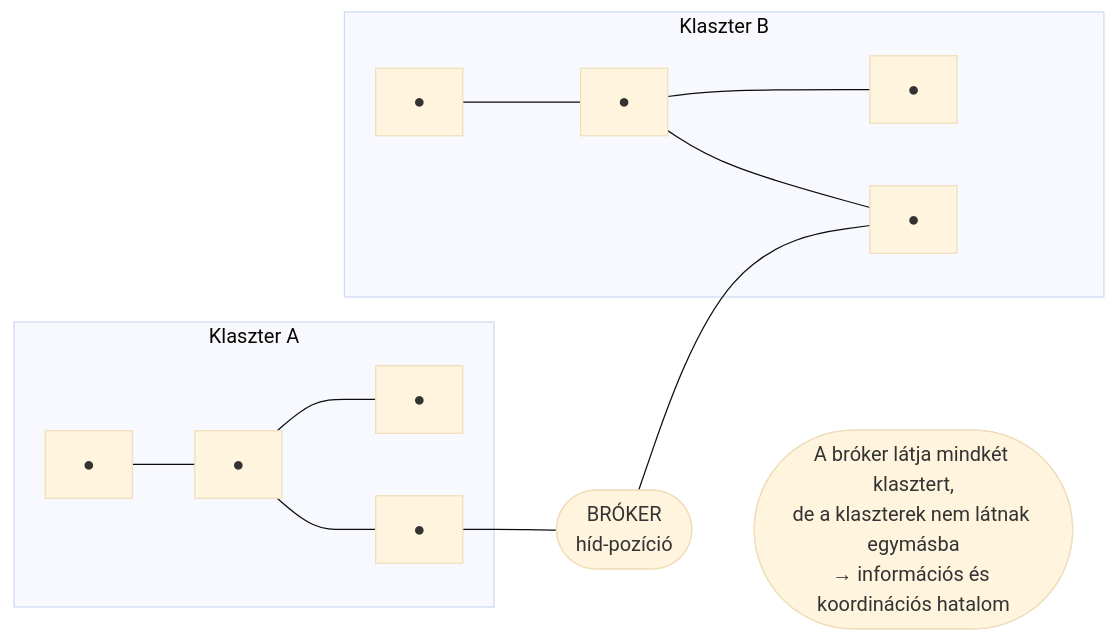
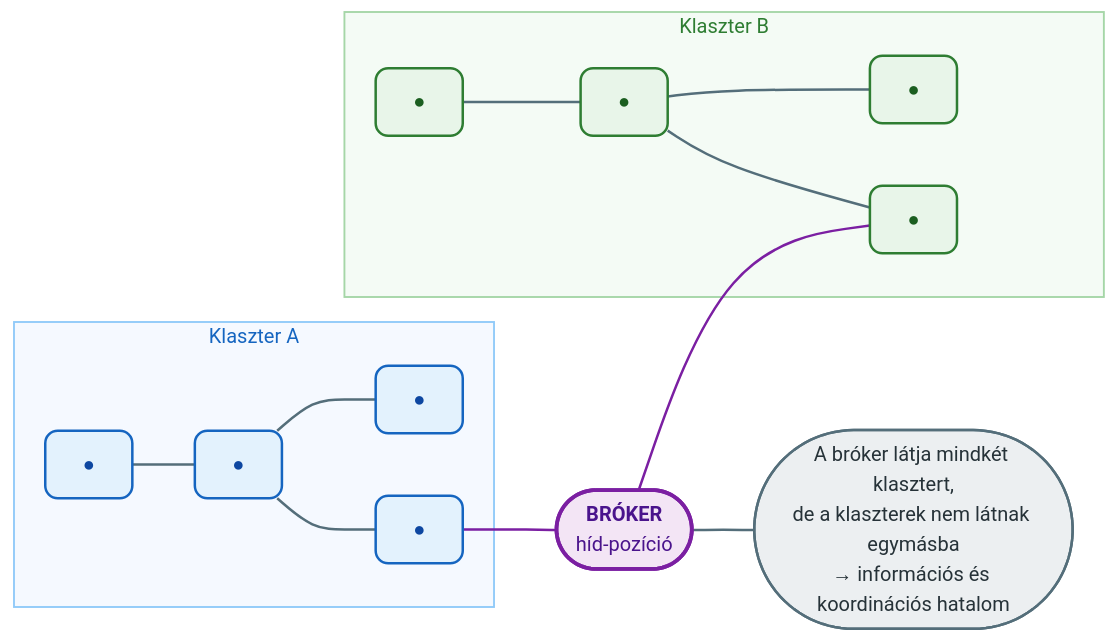
Before and after one commit to denespocsik/MM_BSC_Zarovizsga: the fourth of 6 diagrams in Tételek/V20-GMXVU2MBLF-Hálózati üzleti stratégia.tétel.md, drawn with Mermaid (base theme). The commit also changed other lines of this file and 34 other files, not shown here.

First line of the commit message:
style(tételek): egységes vizuális arculat a Mermaid-diagramokhoz

````diff
--- a/Tételek/V20-GMXVU2MBLF-Hálózati üzleti stratégia.tétel.md
+++ b/Tételek/V20-GMXVU2MBLF-Hálózati üzleti stratégia.tétel.md
@@ -62,18 +78,29 @@
 ```mermaid
 graph LR
     subgraph KA["Klaszter A"]
-        A1["●"] --- A2["●"] --- A3["●"]
-        A2 --- A4["●"]
+        A1["●"]:::kek --- A2["●"]:::kek --- A3["●"]:::kek
+        A2 --- A4["●"]:::kek
     end
     subgraph KB["Klaszter B"]
-        B1["●"] --- B2["●"] --- B3["●"]
-        B2 --- B4["●"]
+        B1["●"]:::zold --- B2["●"]:::zold --- B3["●"]:::zold
+        B2 --- B4["●"]:::zold
     end
 
-    BR(["BRÓKER\nhíd-pozíció"])
+    BR(["<b>BRÓKER</b><br/>híd-pozíció"]):::lilaH
     A4 --- BR
     BR --- B4
 
-    NOTE(["A bróker látja mindkét klasztert,\nde a klaszterek nem látnak egymásba\n→ információs és koordinációs hatalom"])
+    NOTE(["A bróker látja mindkét klasztert,<br/>de a klaszterek nem látnak egymásba<br/>→ információs és koordinációs hatalom"]):::szurke
     BR ~~~ NOTE
+
+    classDef kek    fill:#e3f2fd,stroke:#1565c0,stroke-width:2px,color:#0d47a1,rx:10,ry:10;
+    classDef zold   fill:#e8f5e9,stroke:#2e7d32,stroke-width:2px,color:#1b5e20,rx:10,ry:10;
+    classDef lilaH  fill:#f3e5f5,stroke:#7b1fa2,stroke-width:3px,color:#4a148c,rx:10,ry:10;
+    classDef szurke fill:#eceff1,stroke:#546e7a,stroke-width:2px,color:#263238,rx:10,ry:10;
+
+    style KA fill:#f5f9ff,stroke:#90caf9,stroke-width:1.5px,color:#1565c0;
+    style KB fill:#f4fbf5,stroke:#a5d6a7,stroke-width:1.5px,color:#2e7d32;
+
+    linkStyle default stroke:#546e7a,stroke-width:2px;
+    linkStyle 6,7 stroke:#7b1fa2,stroke-width:2px;
 ```
````
